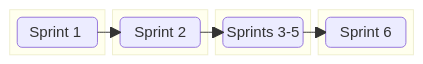
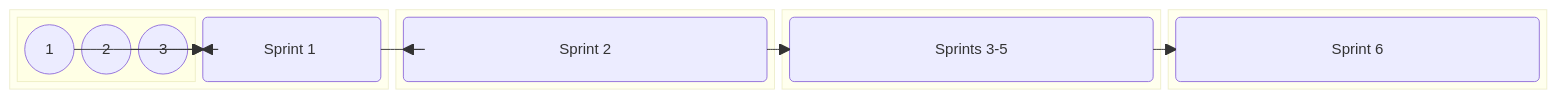
One commit to jdmedlock/mermaid_testing changed the second of 2 diagrams in README.md. Above: the diagram before and after it, drawn with Mermaid.

Commit message:
Feature: Add annotations to test layout

````diff
--- a/README.md
+++ b/README.md
@@ -90,19 +90,29 @@
 ```mermaid
   block-beta
     columns 4
     block:B1:1
+      block:ANNOTATIONS
+        A1(("&nbsp;&nbsp;&nbsp; 1 &nbsp;&nbsp;&nbsp;"))
+        A2(("&nbsp;&nbsp;&nbsp; 2 &nbsp;&nbsp;&nbsp;"))
+        A3(("&nbsp;&nbsp;&nbsp; 3 &nbsp;&nbsp;&nbsp;"))
+      end
       SPRINT1("Sprint 1&nbsp;")
+      A1 ----> SPRINT1
+      A2 ----> SPRINT1
+      A3 ----> SPRINT1
     end
     block:B2:1
       SPRINT2("Sprint 2")
     end
     block:B3:1
       SPRINT35("Sprints 3-5")
     end
     block:B4:1
       SPRINT6("Sprint 6")
     end
+
     SPRINT1 --> SPRINT2
     SPRINT2 --> SPRINT35
     SPRINT35 --> SPRINT6
+
 ```
````
